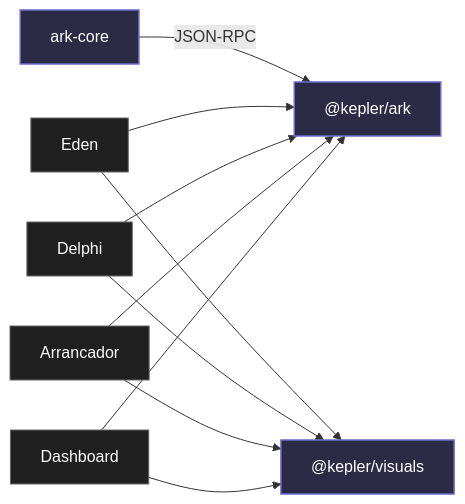
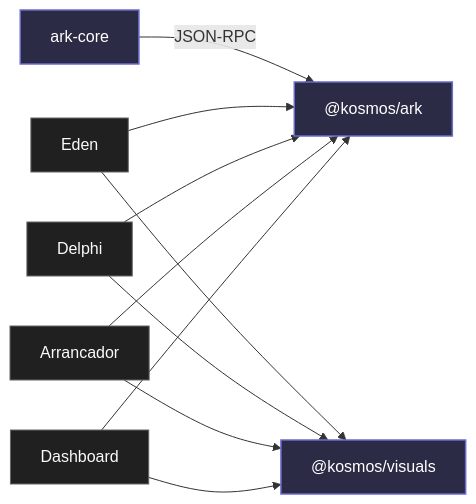
Before and after one commit to makekosmos/cortex: the diagram in docs-site/packages/index.md, drawn with Mermaid. The commit also changed other lines of this file and 916 other files, not shown here.

First line of the commit message:
refactor: global swap Kepler <-> Kosmos branding

````diff
--- a/docs-site/packages/index.md
+++ b/docs-site/packages/index.md
@@ -20,29 +20,29 @@
 ```mermaid
 flowchart LR
   arkcore["ark-core"]
-  keplerark["@kepler/ark"]
-  visuals["@kepler/visuals"]
+  kosmosark["@kosmos/ark"]
+  visuals["@kosmos/visuals"]
 
   eden["Eden"]
   delphi["Delphi"]
   arrancador["Arrancador"]
   dashboard["Dashboard"]
 
-  arkcore -- "JSON-RPC" --> keplerark
+  arkcore -- "JSON-RPC" --> kosmosark
 
-  eden --> keplerark
-  delphi --> keplerark
-  arrancador --> keplerark
-  dashboard --> keplerark
+  eden --> kosmosark
+  delphi --> kosmosark
+  arrancador --> kosmosark
+  dashboard --> kosmosark
 
   eden --> visuals
   delphi --> visuals
   arrancador --> visuals
   dashboard --> visuals
 
   classDef pkg fill:#2b2b46,stroke:#6b6bcd,color:#fff,stroke-width:1.5px
   classDef app fill:#202020,stroke:#666,color:#fafafa
 
-  class arkcore,keplerark,visuals pkg
+  class arkcore,kosmosark,visuals pkg
   class eden,delphi,arrancador,dashboard app
 ```
````
